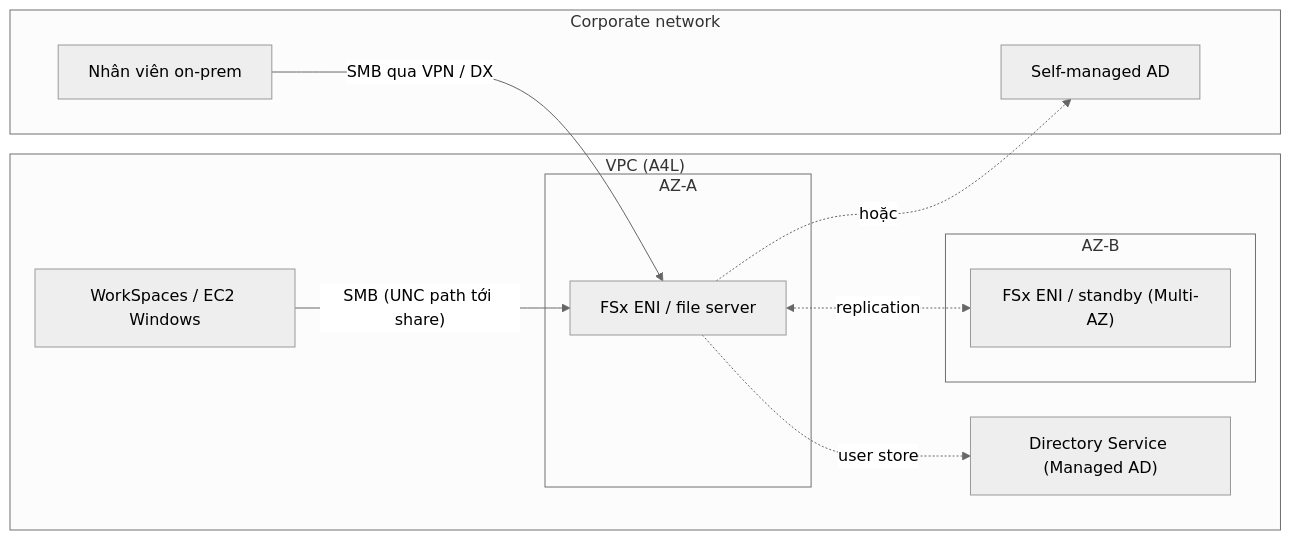
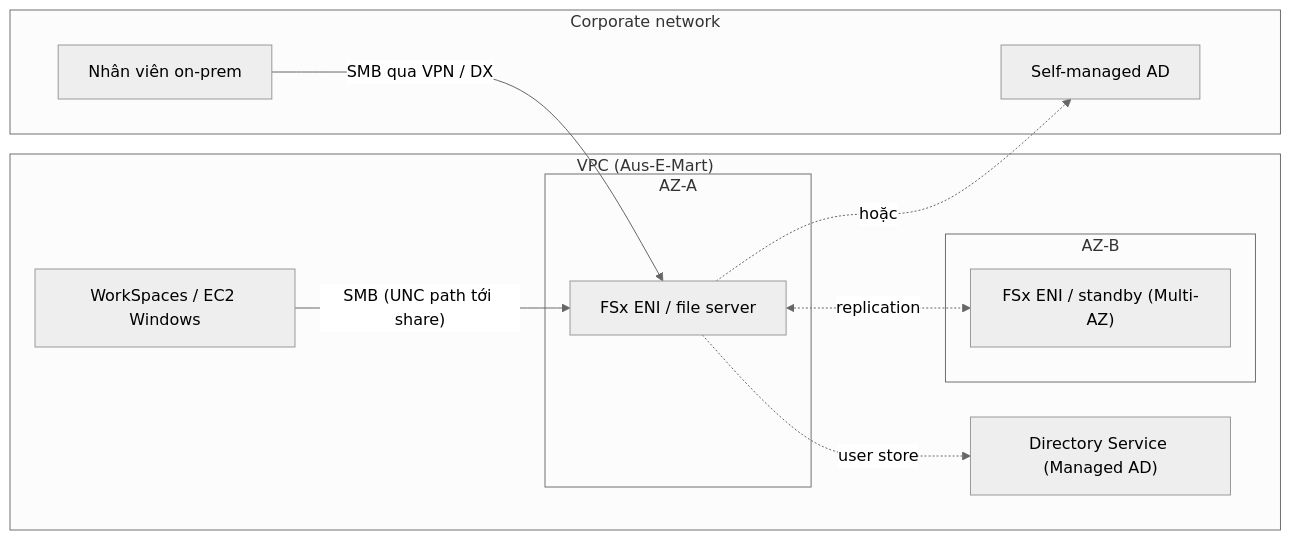
One commit to hairbui76/aws-saa-c03 changed the diagram in data/17 Hybrid and Migration/FSx for Windows.md. Above: the diagram before and after it, drawn with Mermaid (neutral theme). The commit also changed other lines of this file and 57 other files, not shown here.

````diff
--- a/data/17 Hybrid and Migration/FSx for Windows.md
+++ b/data/17 Hybrid and Migration/FSx for Windows.md
@@ -35,22 +38,22 @@
 ```mermaid
 flowchart LR
-  subgraph VPC["VPC (A4L)"]
+  subgraph VPC["VPC (Aus-E-Mart)"]
     subgraph AZA["AZ-A"]
       FA["FSx ENI / file server"]
     end
     subgraph AZB["AZ-B"]
       FB["FSx ENI / standby (Multi-AZ)"]
     end
     WS["WorkSpaces / EC2 Windows"]
     DS["Directory Service (Managed AD)"]
   end
   subgraph ONP["Corporate network"]
     U["Nhân viên on-prem"]
     AD["Self-managed AD"]
   end
   FA <-. "replication" .-> FB
   WS -- "SMB (UNC path tới share)" --> FA
   U -- "SMB qua VPN / DX" --> FA
   FA -. "user store" .-> DS
   FA -. "hoặc" .-> AD
 ```
````
